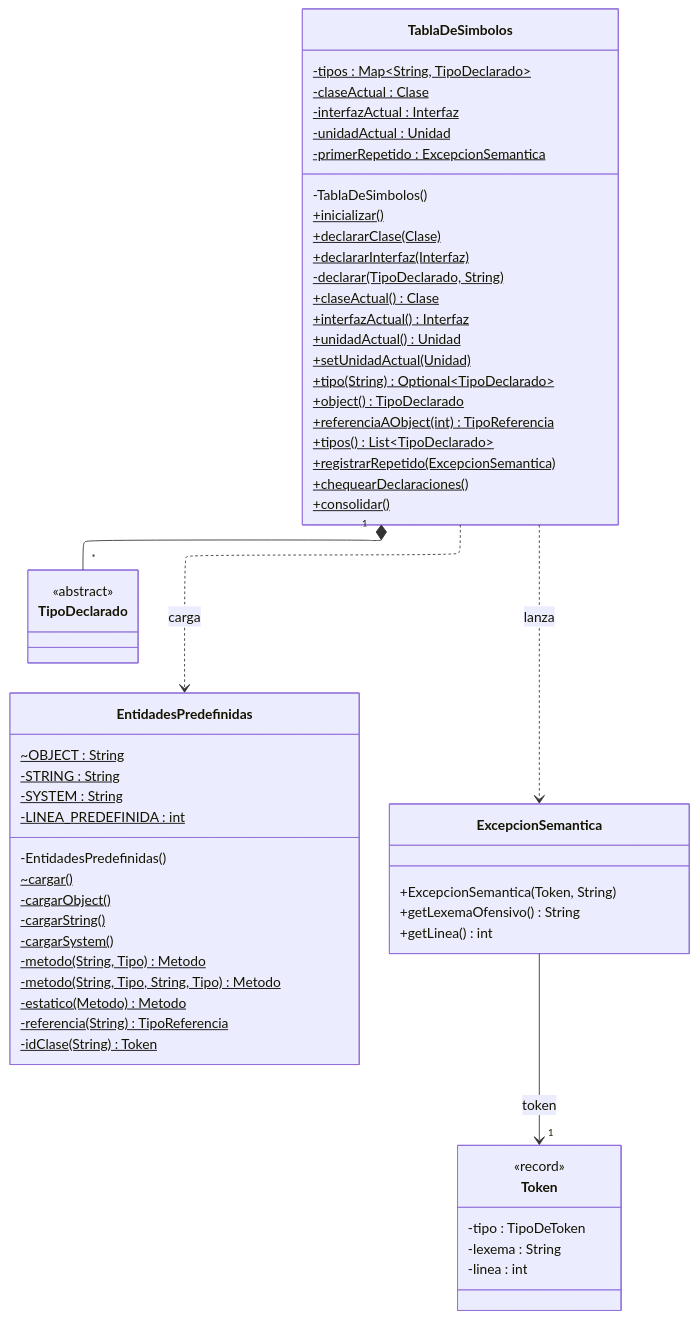
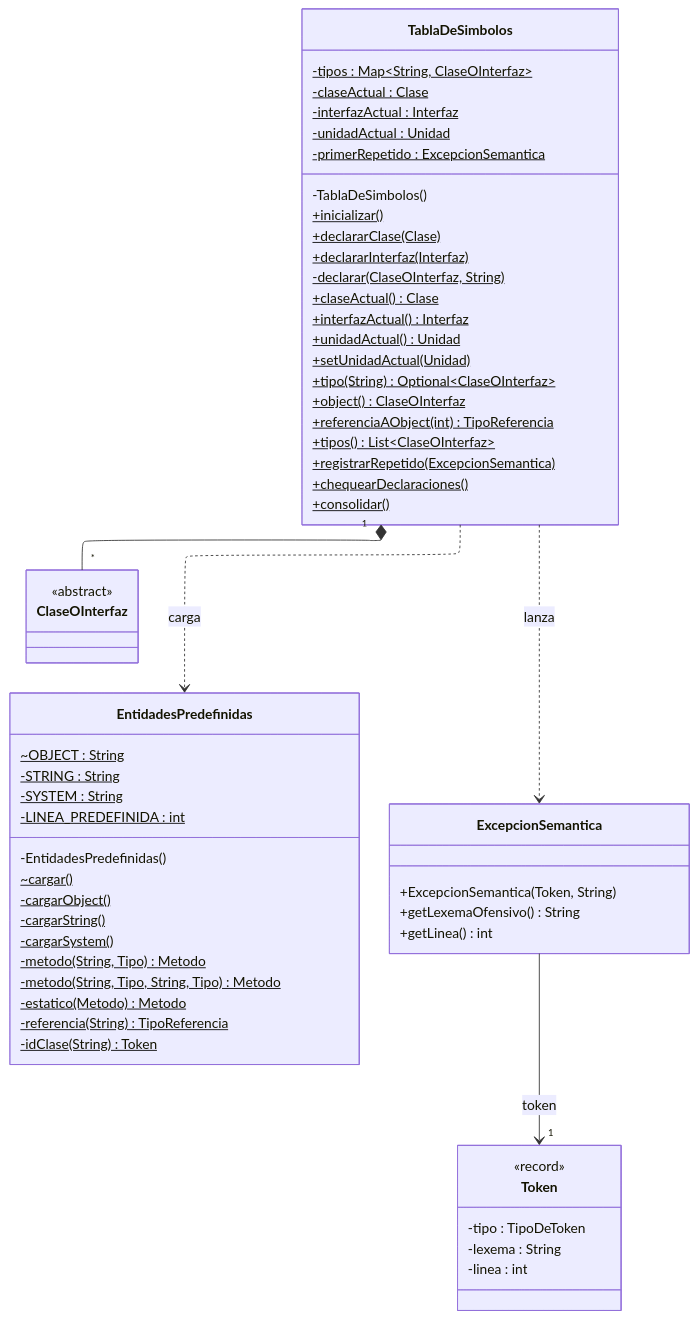
One commit to agustinpaul0/Proyecto-CEI changed the second of 5 diagrams in documentacion/semantico/arquitectura-del-analizador-semantico.md. Above: the diagram before and after it, drawn with Mermaid. The commit also changed other lines of this file and 22 other files, not shown here.

First line of the commit message:
Renombra TipoDeclarado a ClaseOInterfaz

````diff
--- a/documentacion/semantico/arquitectura-del-analizador-semantico.md
+++ b/documentacion/semantico/arquitectura-del-analizador-semantico.md
@@ -59,65 +59,65 @@
 ```mermaid
 ---
 config:
   layout: elk
 ---
 classDiagram
     direction TB
     class TablaDeSimbolos {
-        -tipos : Map~String, TipoDeclarado~$
+        -tipos : Map~String, ClaseOInterfaz~$
         -claseActual : Clase$
         -interfazActual : Interfaz$
         -unidadActual : Unidad$
         -primerRepetido : ExcepcionSemantica$
         -TablaDeSimbolos()
         +inicializar()$
         +declararClase(Clase)$
         +declararInterfaz(Interfaz)$
-        -declarar(TipoDeclarado, String)$
+        -declarar(ClaseOInterfaz, String)$
         +claseActual()$ Clase
         +interfazActual()$ Interfaz
         +unidadActual()$ Unidad
         +setUnidadActual(Unidad)$
-        +tipo(String)$ Optional~TipoDeclarado~
-        +object()$ TipoDeclarado
+        +tipo(String)$ Optional~ClaseOInterfaz~
+        +object()$ ClaseOInterfaz
         +referenciaAObject(int)$ TipoReferencia
-        +tipos()$ List~TipoDeclarado~
+        +tipos()$ List~ClaseOInterfaz~
         +registrarRepetido(ExcepcionSemantica)$
         +chequearDeclaraciones()$
         +consolidar()$
     }
     class EntidadesPredefinidas {
         ~OBJECT : String$
         -STRING : String$
         -SYSTEM : String$
         -LINEA_PREDEFINIDA : int$
         -EntidadesPredefinidas()
         ~cargar()$
         -cargarObject()$
         -cargarString()$
         -cargarSystem()$
         -metodo(String, Tipo)$ Metodo
         -metodo(String, Tipo, String, Tipo)$ Metodo
         -estatico(Metodo)$ Metodo
         -referencia(String)$ TipoReferencia
         -idClase(String)$ Token
     }
     class ExcepcionSemantica {
         +ExcepcionSemantica(Token, String)
         +getLexemaOfensivo() String
         +getLinea() int
     }
     class Token {
         <<record>>
         -tipo : TipoDeToken
         -lexema : String
         -linea : int
     }
-    class TipoDeclarado {
+    class ClaseOInterfaz {
         <<abstract>>
     }
-    TablaDeSimbolos "1" *-- "*" TipoDeclarado
+    TablaDeSimbolos "1" *-- "*" ClaseOInterfaz
     TablaDeSimbolos ..> EntidadesPredefinidas : carga
     TablaDeSimbolos ..> ExcepcionSemantica : lanza
     ExcepcionSemantica --> "1" Token : token
 ```
````
